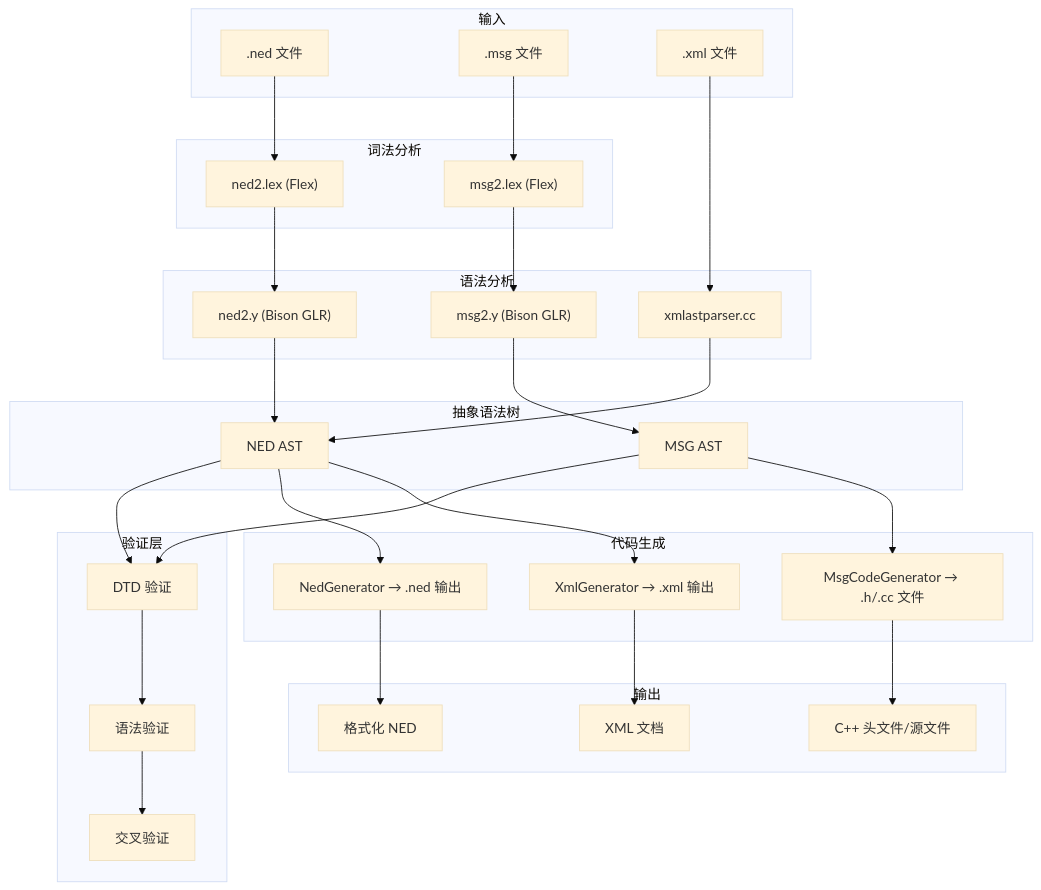
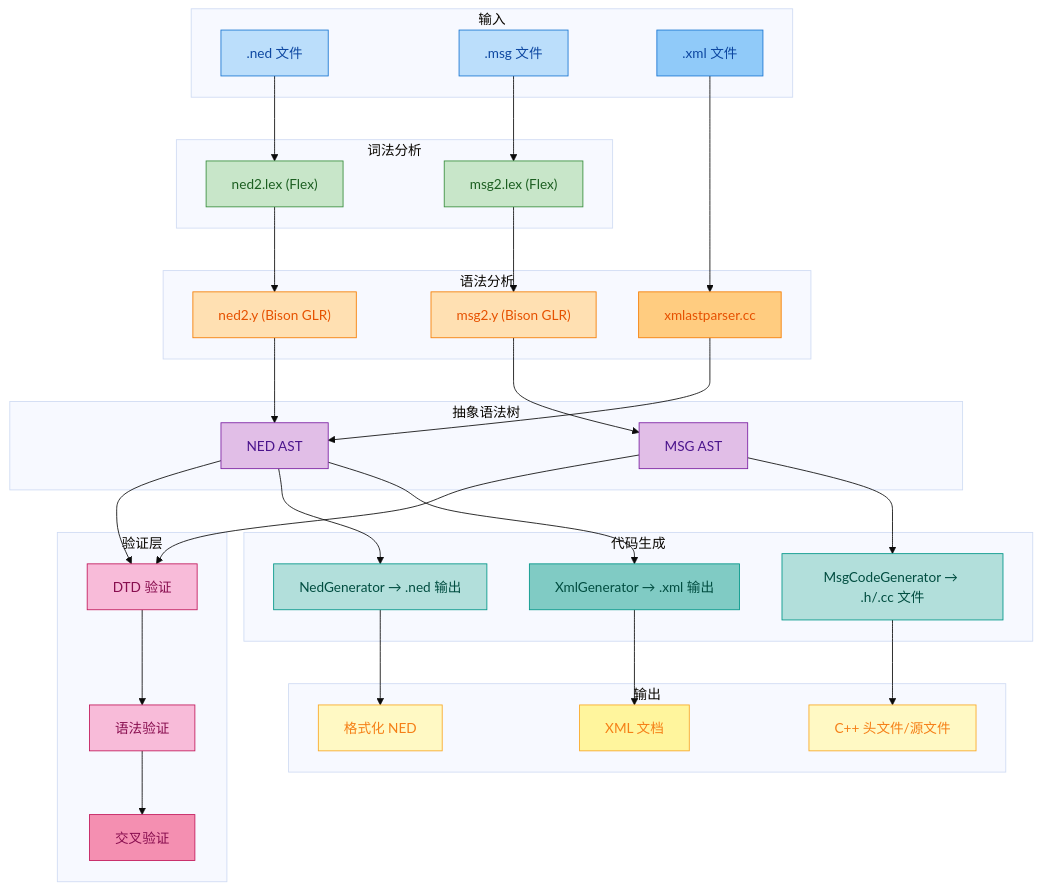
Before and after one commit to GavinSil/omnetpp: diagram 15 of 15 in doc/design/sim-doc-redesign.md, drawn with Mermaid (base theme). The commit also changed other lines of this file, not shown here.

````diff
--- a/doc/design/sim-doc-redesign.md
+++ b/doc/design/sim-doc-redesign.md
@@ -1844,4 +2815,37 @@
     NED_AST --> NED_GEN --> NED_OUT
     NED_AST --> XML_GEN --> XML_OUT
     MSG_AST --> MSG_CG --> H_CC
+
+    %% 输入层 - 蓝色系
+    style NED fill:#bbdefb,stroke:#1976D2,color:#0D47A1
+    style MSG fill:#bbdefb,stroke:#1976D2,color:#0D47A1
+    style XML fill:#90caf9,stroke:#1976D2,color:#0D47A1
+
+    %% 词法分析层 - 绿色系
+    style NED_LEX fill:#c8e6c9,stroke:#388E3C,color:#1B5E20
+    style MSG_LEX fill:#c8e6c9,stroke:#388E3C,color:#1B5E20
+
+    %% 语法分析层 - 橙色系
+    style NED_Y fill:#ffe0b2,stroke:#F57C00,color:#E65100
+    style MSG_Y fill:#ffe0b2,stroke:#F57C00,color:#E65100
+    style XML_P fill:#ffcc80,stroke:#F57C00,color:#E65100
+
+    %% AST层 - 紫色系
+    style NED_AST fill:#e1bee7,stroke:#7B1FA2,color:#4A148C
+    style MSG_AST fill:#e1bee7,stroke:#7B1FA2,color:#4A148C
+
+    %% 验证层 - 粉色系
+    style DTD_V fill:#f8bbd9,stroke:#C2185B,color:#880E4F
+    style SYNTAX_V fill:#f8bbd9,stroke:#C2185B,color:#880E4F
+    style CROSS_V fill:#f48fb1,stroke:#C2185B,color:#880E4F
+
+    %% 代码生成层 - 青色系
+    style MSG_CG fill:#b2dfdb,stroke:#009688,color:#004D40
+    style NED_GEN fill:#b2dfdb,stroke:#009688,color:#004D40
+    style XML_GEN fill:#80cbc4,stroke:#009688,color:#004D40
+
+    %% 输出层 - 黄色系
+    style H_CC fill:#fff9c4,stroke:#F9A825,color:#F57F17
+    style NED_OUT fill:#fff9c4,stroke:#F9A825,color:#F57F17
+    style XML_OUT fill:#fff59d,stroke:#F9A825,color:#F57F17
 ```
````
